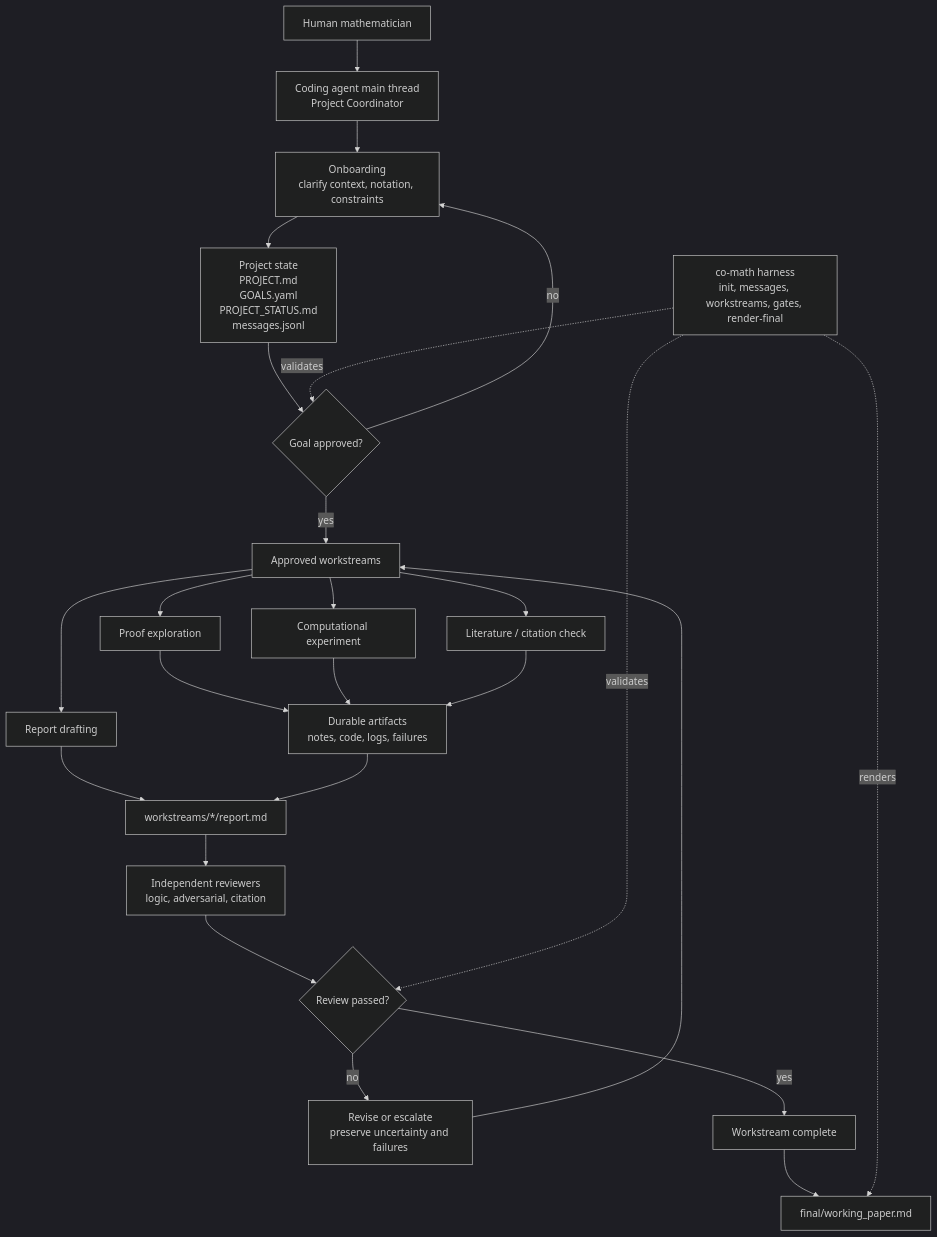
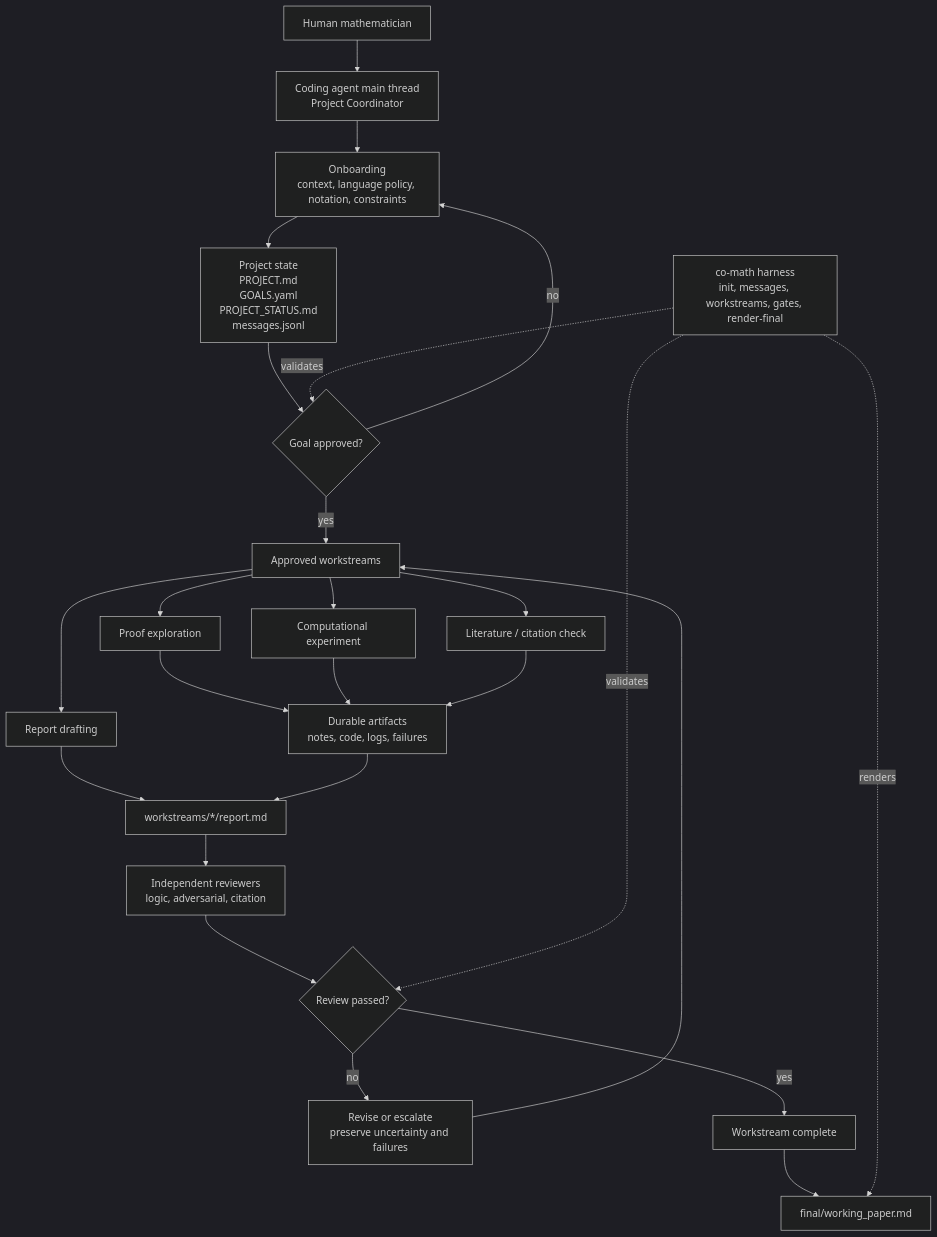
Before and after one commit to VeryMath/co-mathematician: the diagram in README.md, drawn with Mermaid (dark theme). The commit also changed other lines of this file and 1 other file, not shown here.

````diff
--- a/README.md
+++ b/README.md
@@ -52,35 +211,35 @@
 ```mermaid
 flowchart TD
     User["Human mathematician"] --> Coordinator["Coding agent main thread<br/>Project Coordinator"]
 
-    Coordinator --> Onboarding["Onboarding<br/>clarify context, notation, constraints"]
+    Coordinator --> Onboarding["Onboarding<br/>context, language policy, notation, constraints"]
     Onboarding --> ProjectFiles["Project state<br/>PROJECT.md<br/>GOALS.yaml<br/>PROJECT_STATUS.md<br/>messages.jsonl"]
 
     ProjectFiles --> GoalGate{"Goal approved?"}
     GoalGate -- "no" --> Onboarding
     GoalGate -- "yes" --> Workstreams["Approved workstreams"]
 
     Workstreams --> Proof["Proof exploration"]
     Workstreams --> Compute["Computational experiment"]
     Workstreams --> Literature["Literature / citation check"]
-    Workstreams --> ReviewPrep["Report drafting"]
+    Workstreams --> ReportDraft["Report drafting"]
 
     Proof --> Artifacts["Durable artifacts<br/>notes, code, logs, failures"]
     Compute --> Artifacts
     Literature --> Artifacts
-    ReviewPrep --> Report["workstreams/*/report.md"]
+    ReportDraft --> Report["workstreams/*/report.md"]
     Artifacts --> Report
 
     Report --> Reviewers["Independent reviewers<br/>logic, adversarial, citation"]
     Reviewers --> ReviewGate{"Review passed?"}
     ReviewGate -- "no" --> Revision["Revise or escalate<br/>preserve uncertainty and failures"]
     Revision --> Workstreams
     ReviewGate -- "yes" --> Complete["Workstream complete"]
 
     Complete --> Final["final/working_paper.md"]
 
     Harness["co-math harness<br/>init, messages, workstreams, gates, render-final"]
     Harness -. validates .-> GoalGate
     Harness -. validates .-> ReviewGate
     Harness -. renders .-> Final
 ```
````
